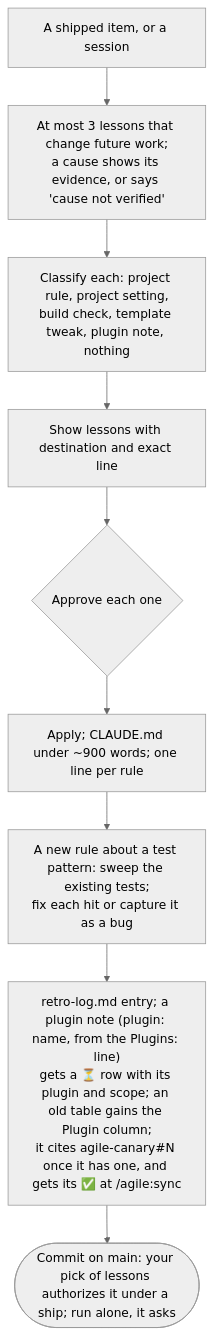
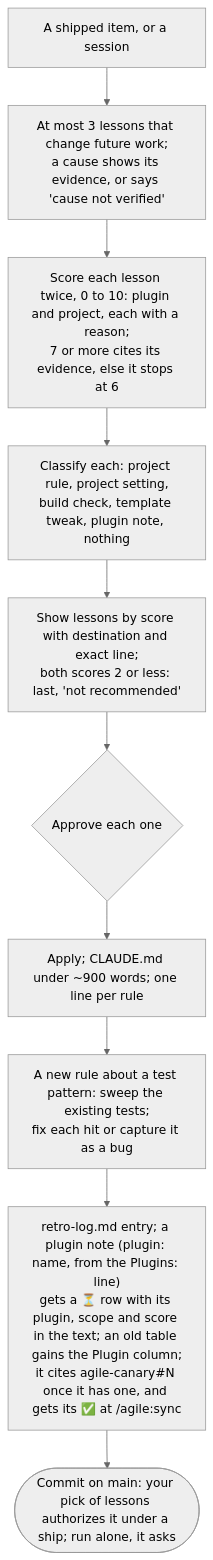
One commit to alexcanario/simulab changed diagram 14 of 21 in docs/agile/workflow.md. Above: the diagram before and after it, drawn with Mermaid (neutral theme). The commit also changed other lines of this file and 8 other files, not shown here.

Commit message:
chore: sync with agile@canary 0.21.0

````diff
--- a/docs/agile/workflow.md
+++ b/docs/agile/workflow.md
@@ -3260,11 +3362,12 @@
 ```mermaid
 flowchart TD
     A["A shipped item, or a session"] --> B["At most 3 lessons that change future work;<br/>a cause shows its evidence, or says 'cause not verified'"]
-    B --> C["Classify each: project rule, project setting,<br/>build check, template tweak, plugin note, nothing"]
-    C --> D["Show lessons with destination and exact line"]
+    B --> B2["Score each lesson twice, 0 to 10: plugin and project, each with a reason;<br/>7 or more cites its evidence, else it stops at 6"]
+    B2 --> C["Classify each: project rule, project setting,<br/>build check, template tweak, plugin note, nothing"]
+    C --> D["Show lessons by score with destination and exact line;<br/>both scores 2 or less: last, 'not recommended'"]
     D --> E{"Approve each one"}
     E --> F["Apply; CLAUDE.md under ~900 words; one line per rule"]
     F --> F2["A new rule about a test pattern: sweep the existing tests;<br/>fix each hit or capture it as a bug"]
-    F2 --> G["retro-log.md entry; a plugin note (plugin: name, from the Plugins: line)<br/>gets a ⏳ row with its plugin and scope; an old table gains the Plugin column;<br/>it cites agile-canary#N once it has one, and gets its ✅ at /agile:sync"]
+    F2 --> G["retro-log.md entry; a plugin note (plugin: name, from the Plugins: line)<br/>gets a ⏳ row with its plugin, scope and score in the text; an old table gains the Plugin column;<br/>it cites agile-canary#N once it has one, and gets its ✅ at /agile:sync"]
     G --> H(["Commit on main: your pick of lessons authorizes it under a ship; run alone, it asks"])
 ```
````
